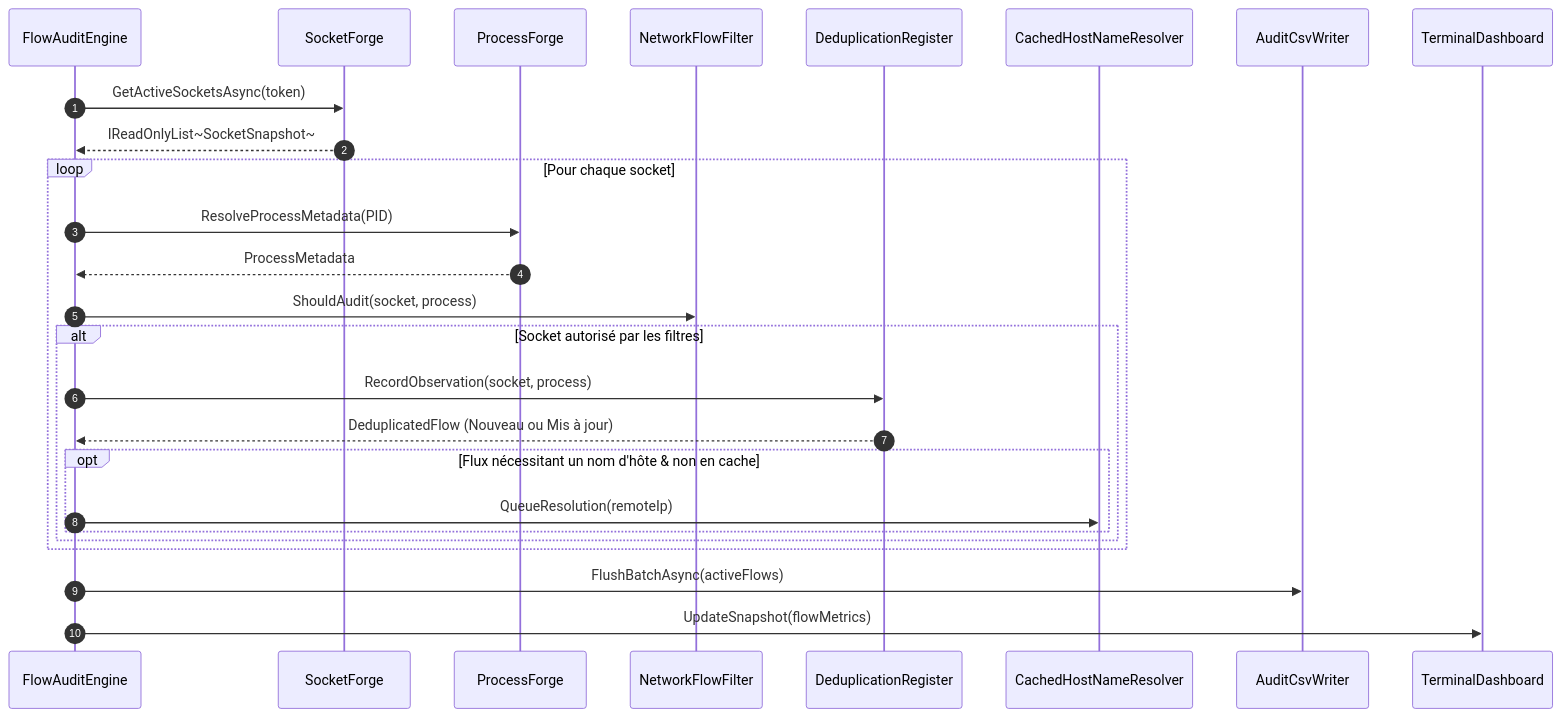
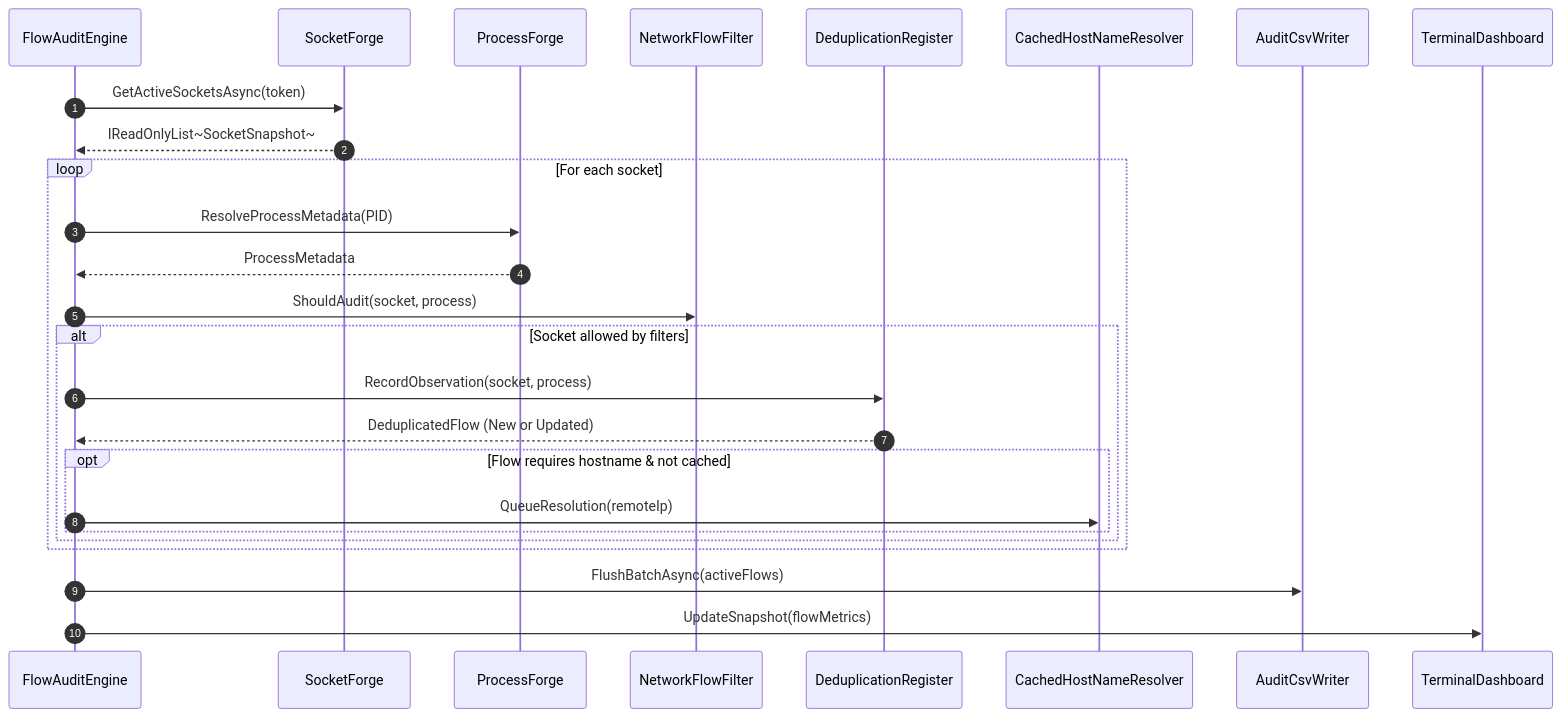
One commit to cedric-labs/NetFlowAudit changed the third of 3 diagrams in docs/architecture.md. Above: the diagram before and after it, drawn with Mermaid. The commit also changed other lines of this file and 6 other files, not shown here.

````diff
--- a/docs/architecture.md
+++ b/docs/architecture.md
@@ -110,31 +110,31 @@
 ```mermaid
 sequenceDiagram
     autonumber
     participant Engine as FlowAuditEngine
     participant SF as SocketForge
     participant PF as ProcessForge
     participant Filter as NetworkFlowFilter
     participant Dedup as DeduplicationRegister
     participant DNS as CachedHostNameResolver
     participant CSV as AuditCsvWriter
     participant UI as TerminalDashboard
 
     Engine->>SF: GetActiveSocketsAsync(token)
     SF-->>Engine: IReadOnlyList~SocketSnapshot~
     
-    loop Pour chaque socket
+    loop For each socket
         Engine->>PF: ResolveProcessMetadata(PID)
         PF-->>Engine: ProcessMetadata
         Engine->>Filter: ShouldAudit(socket, process)
-        alt Socket autorisé par les filtres
+        alt Socket allowed by filters
             Engine->>Dedup: RecordObservation(socket, process)
-            Dedup-->>Engine: DeduplicatedFlow (Nouveau ou Mis à jour)
-            opt Flux nécessitant un nom d'hôte & non en cache
+            Dedup-->>Engine: DeduplicatedFlow (New or Updated)
+            opt Flow requires hostname & not cached
                 Engine->>DNS: QueueResolution(remoteIp)
             end
         end
     end
 
     Engine->>CSV: FlushBatchAsync(activeFlows)
     Engine->>UI: UpdateSnapshot(flowMetrics)
 ```
````
